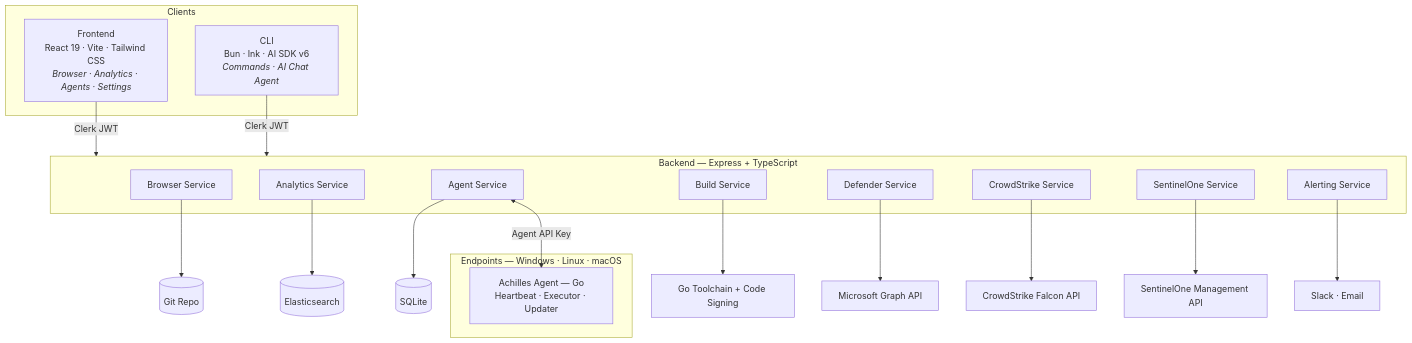
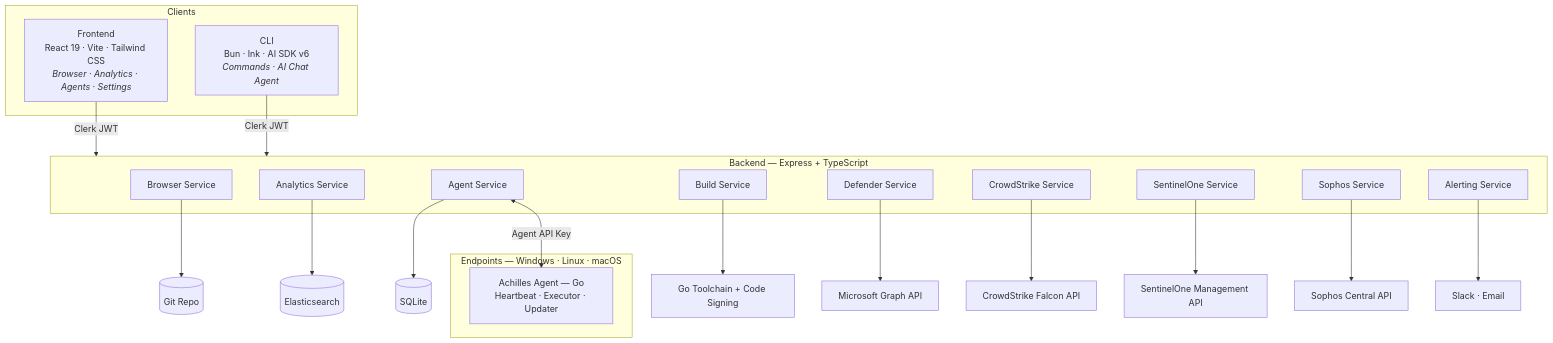
The diagram in README.md (projectachilles/ProjectAchilles), drawn with Mermaid before and after one commit. The commit also changed other lines of this file and 11 other files, not shown here.

First line of the commit message:
docs(wiki): Sophos integration, auto-resolve, analytics, API reference and endpoint guide

````diff
--- a/README.md
+++ b/README.md
@@ -436,36 +437,38 @@
 ```mermaid
 graph TB
     subgraph Clients
         FE["Frontend<br/>React 19 · Vite · Tailwind CSS<br/><i>Browser · Analytics · Agents · Settings</i>"]
         CLI["CLI<br/>Bun · Ink · AI SDK v6<br/><i>Commands · AI Chat Agent</i>"]
     end
 
     FE -->|Clerk JWT| BE
     CLI -->|Clerk JWT| BE
 
     subgraph BE ["Backend — Express + TypeScript"]
         BRS[Browser Service]
         ANS[Analytics Service]
         AGS[Agent Service]
         BDS[Build Service]
         DFS[Defender Service]
         CSF[CrowdStrike Service]
         S1S[SentinelOne Service]
+        SPS[Sophos Service]
         ALS[Alerting Service]
     end
 
     BRS --> GIT[(Git Repo)]
     ANS --> ES[(Elasticsearch)]
     AGS --> DB[(SQLite)]
     BDS --> GO[Go Toolchain + Code Signing]
     DFS --> GRAPH[Microsoft Graph API]
     CSF --> FALCON[CrowdStrike Falcon API]
     S1S --> S1API[SentinelOne Management API]
+    SPS --> SPAPI[Sophos Central API]
     ALS --> NOTIFY[Slack · Email]
 
     AGS <-->|Agent API Key| AGENT
 
     subgraph EP ["Endpoints — Windows · Linux · macOS"]
         AGENT["Achilles Agent — Go<br/>Heartbeat · Executor · Updater"]
     end
 ```
````
